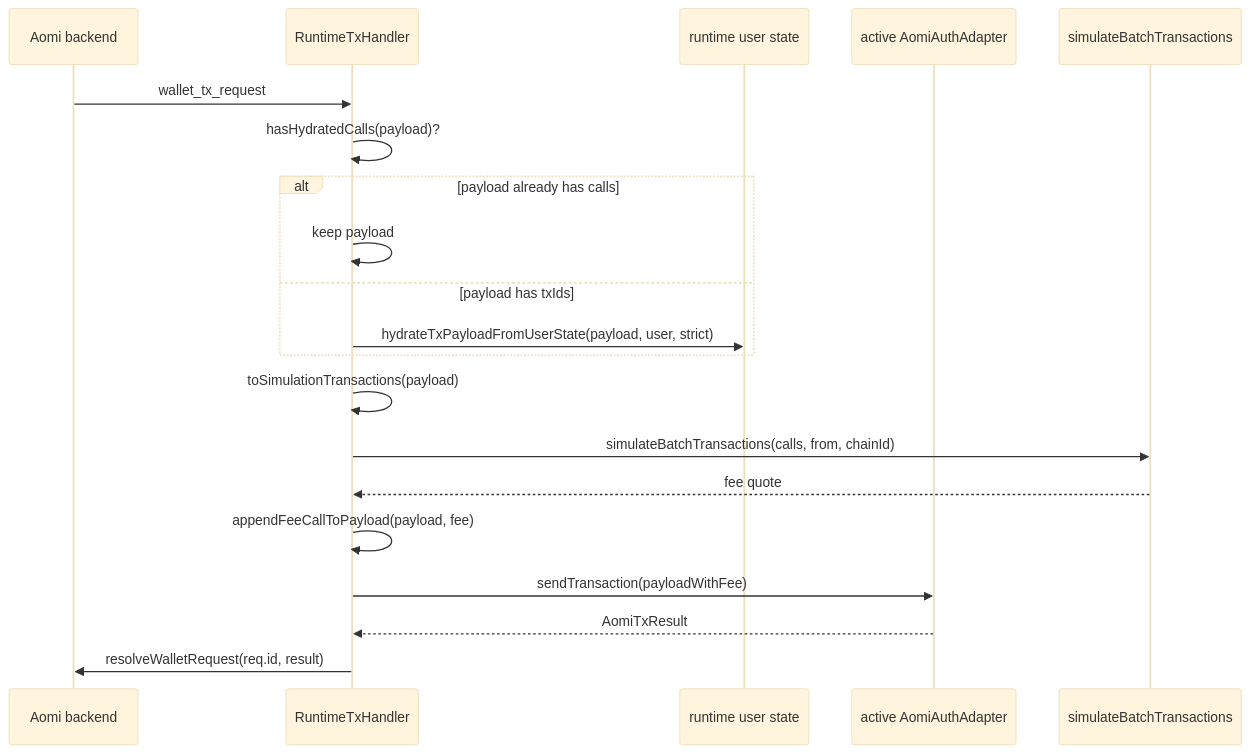
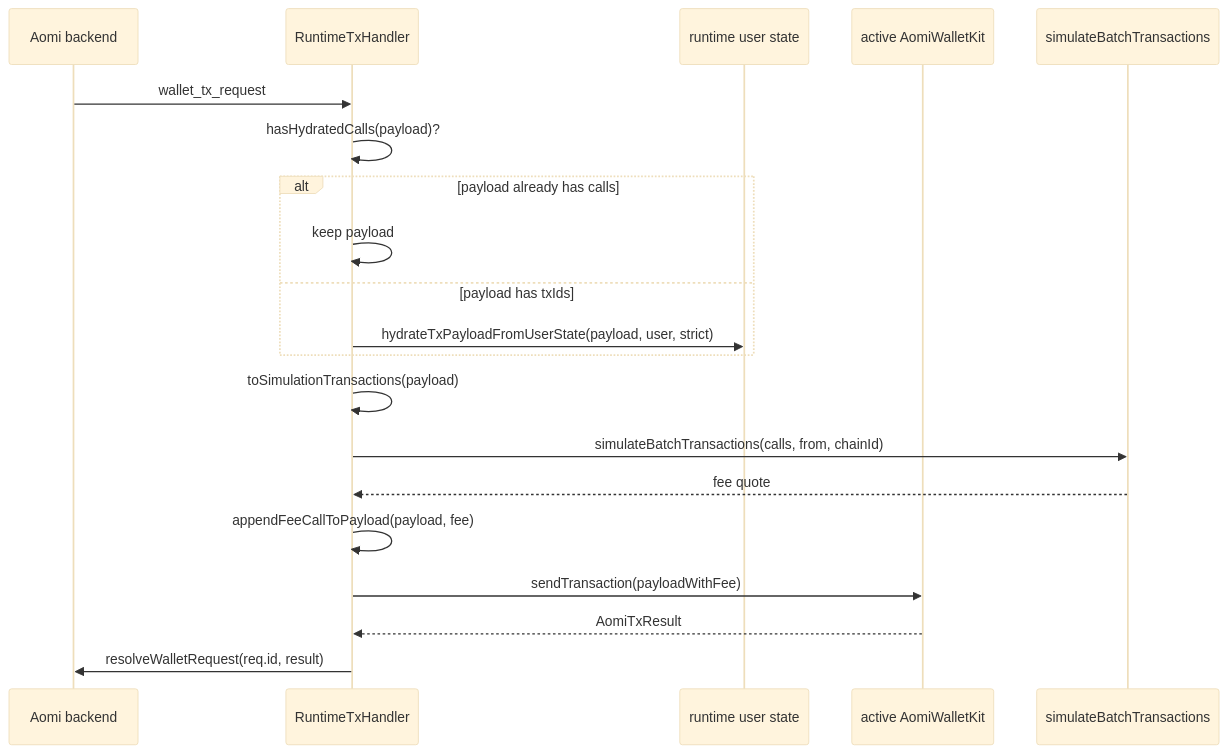
One commit to aomi-labs/aomi-widget changed the tenth of 24 diagrams in specs/WALLET-ADAPTERS-ARCH.md. Above: the diagram before and after it, drawn with Mermaid (base theme). The commit also changed other lines of this file and 200 other files, not shown here.

````diff
--- a/specs/WALLET-ADAPTERS-ARCH.md
+++ b/specs/WALLET-ADAPTERS-ARCH.md
@@ -638,23 +638,23 @@
 ```mermaid
 sequenceDiagram
   participant Backend as Aomi backend
   participant Runtime as RuntimeTxHandler
   participant UserState as runtime user state
-  participant Adapter as active AomiAuthAdapter
+  participant Adapter as active AomiWalletKit
   participant BackendSim as simulateBatchTransactions
 
   Backend->>Runtime: wallet_tx_request
   Runtime->>Runtime: hasHydratedCalls(payload)?
   alt payload already has calls
     Runtime->>Runtime: keep payload
   else payload has txIds
     Runtime->>UserState: hydrateTxPayloadFromUserState(payload, user, strict)
   end
   Runtime->>Runtime: toSimulationTransactions(payload)
   Runtime->>BackendSim: simulateBatchTransactions(calls, from, chainId)
   BackendSim-->>Runtime: fee quote
   Runtime->>Runtime: appendFeeCallToPayload(payload, fee)
   Runtime->>Adapter: sendTransaction(payloadWithFee)
   Adapter-->>Runtime: AomiTxResult
   Runtime->>Backend: resolveWalletRequest(req.id, result)
 ```
````
